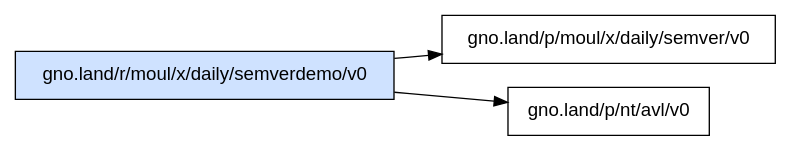
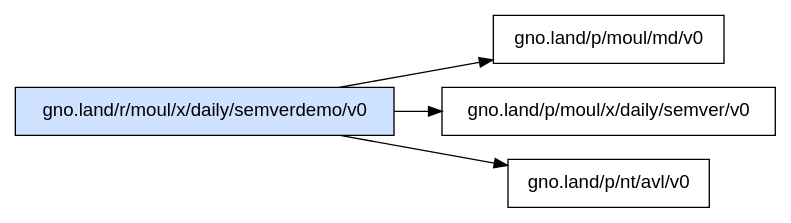
Before and after one commit to moul/gno-contracts: the diagram in _assets/gno.land/r/moul/x/daily/semverdemo/v0/deps.dot, drawn with Graphviz. The commit also changed 22 other files, not shown here.

Commit message:
chore: regenerate catalog, graphs and on-chain status [skip ci]

```diff
--- a/_assets/gno.land/r/moul/x/daily/semverdemo/v0/deps.dot
+++ b/_assets/gno.land/r/moul/x/daily/semverdemo/v0/deps.dot
@@ -1,7 +1,8 @@
 digraph deps {
   rankdir=LR;
   node [shape=box, fontname="sans-serif"];
   "gno.land/r/moul/x/daily/semverdemo/v0" [style=filled, fillcolor="#cfe2ff"];
+  "gno.land/r/moul/x/daily/semverdemo/v0" -> "gno.land/p/moul/md/v0";
   "gno.land/r/moul/x/daily/semverdemo/v0" -> "gno.land/p/moul/x/daily/semver/v0";
   "gno.land/r/moul/x/daily/semverdemo/v0" -> "gno.land/p/nt/avl/v0";
 }
```
